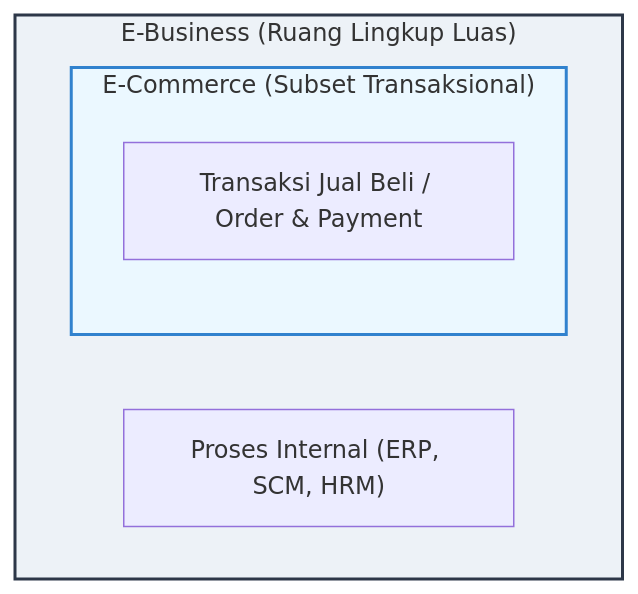
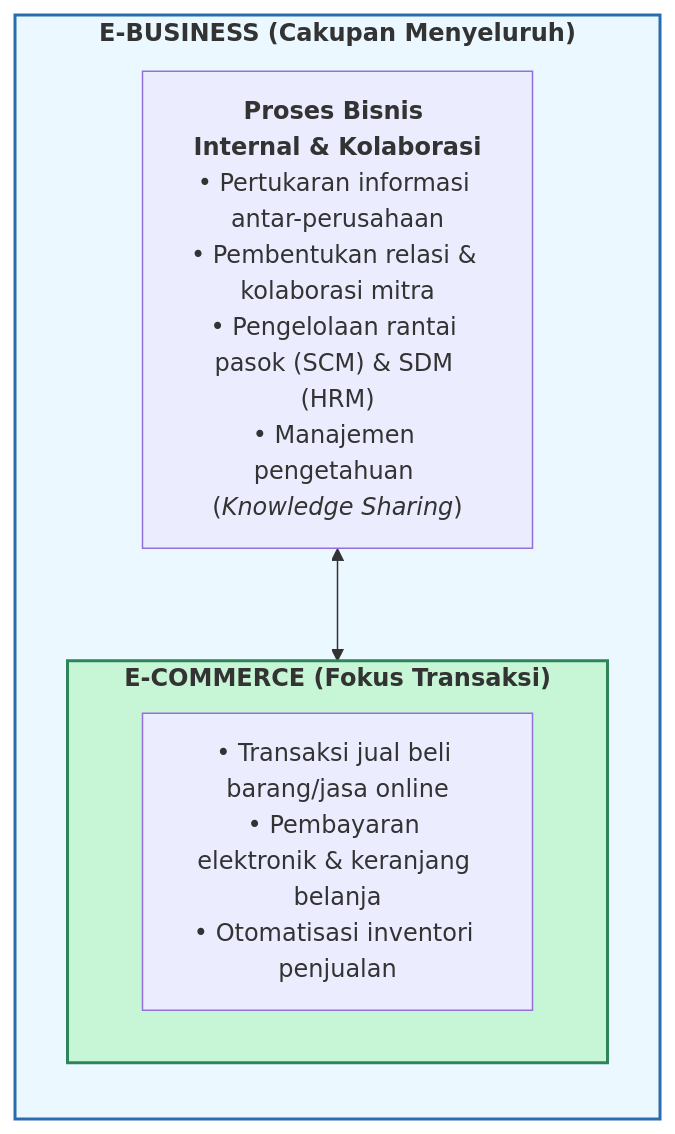
One commit to iqbaleff214/sistem-informasi-universitas-terbuka changed the second of 4 diagrams in [STSI4408]-e-bisnis/pertemuan-01/README.md. Above: the diagram before and after it, drawn with Mermaid. The commit also changed other lines of this file, not shown here.

Commit message:
feat: sesi 1 e-bisnis

````diff
--- a/[STSI4408]-e-bisnis/pertemuan-01/README.md
+++ b/[STSI4408]-e-bisnis/pertemuan-01/README.md
@@ -78,13 +95,16 @@
 ```mermaid
-graph TD
-    subgraph E_Business ["E-Business (Ruang Lingkup Luas)"]
-        style E_Business fill:#edf2f7,stroke:#2d3748,stroke-width:2px
-        InternalProcess["Proses Internal (ERP, SCM, HRM)"]
+flowchart LR
+    subgraph EB ["<b>E-BUSINESS (Cakupan Menyeluruh)</b>"]
+        direction TB
+        INTERNAL["<b>Proses Bisnis Internal & Kolaborasi</b><br/>• Pertukaran informasi antar-perusahaan<br/>• Pembentukan relasi & kolaborasi mitra<br/>• Pengelolaan rantai pasok (SCM) & SDM (HRM)<br/>• Manajemen pengetahuan (<i>Knowledge Sharing</i>)"]
         
-        subgraph E_Commerce ["E-Commerce (Subset Transaksional)"]
-            style E_Commerce fill:#ebf8ff,stroke:#3182ce,stroke-width:2px
-            Transaksi["Transaksi Jual Beli / Order & Payment"]
+        subgraph EC ["<b>E-COMMERCE (Fokus Transaksi)</b>"]
+            TRANS["• Transaksi jual beli barang/jasa online<br/>• Pembayaran elektronik & keranjang belanja<br/>• Otomatisasi inventori penjualan"]
         end
+        
+        INTERNAL <--> EC
     end
 
+    style EB fill:#ebf8ff,stroke:#2b6cb0,stroke-width:2px
+    style EC fill:#c6f6d5,stroke:#2f855a,stroke-width:2px
 ```
````
